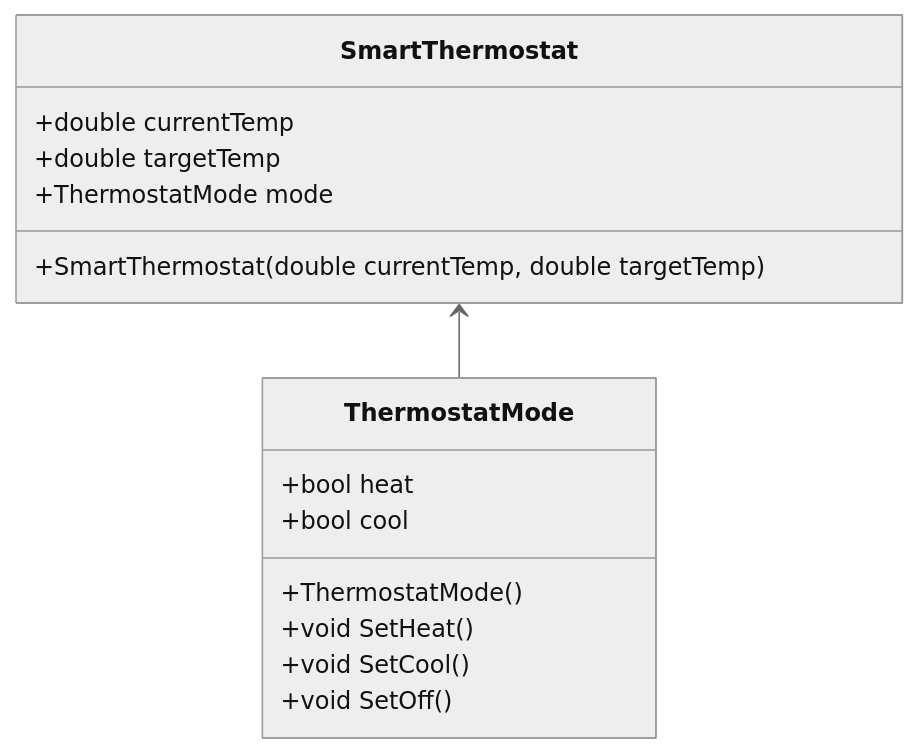
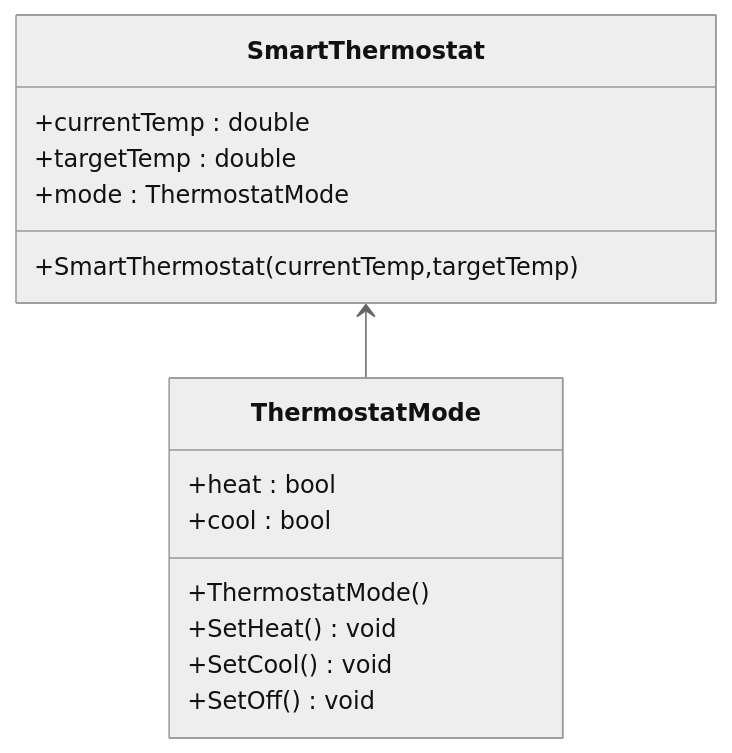
One commit to gibbonsc/quartzblog changed the first of 6 diagrams in content/AppEx-3.03-Smart-Thermostat.md. Above: the diagram before and after it, drawn with Mermaid (neutral theme). The commit also changed other lines of this file and 1 other file, not shown here.

Commit message:
smart thermostat exercise diagrams

````diff
--- a/content/AppEx-3.03-Smart-Thermostat.md
+++ b/content/AppEx-3.03-Smart-Thermostat.md
@@ -19,18 +25,19 @@
 ```mermaid
+%%{init: {'classDiagram': {'textWrap': false}}}%%
 classDiagram
     class SmartThermostat {
-        +double currentTemp
-        +double targetTemp
-        +ThermostatMode mode
-        +SmartThermostat(double currentTemp, double targetTemp)
+        +currentTemp : double
+        +targetTemp : double
+        +mode : ThermostatMode
+        +SmartThermostat(currentTemp,targetTemp)
     }
     class ThermostatMode {
-        +bool heat
-        +bool cool
+        +heat : bool
+        +cool : bool
         +ThermostatMode()
-        +void SetHeat()
-        +void SetCool()
-        +void SetOff()
+        +SetHeat() void
+        +SetCool() void
+        +SetOff() void
     }
     SmartThermostat <-- ThermostatMode
 ```
````
